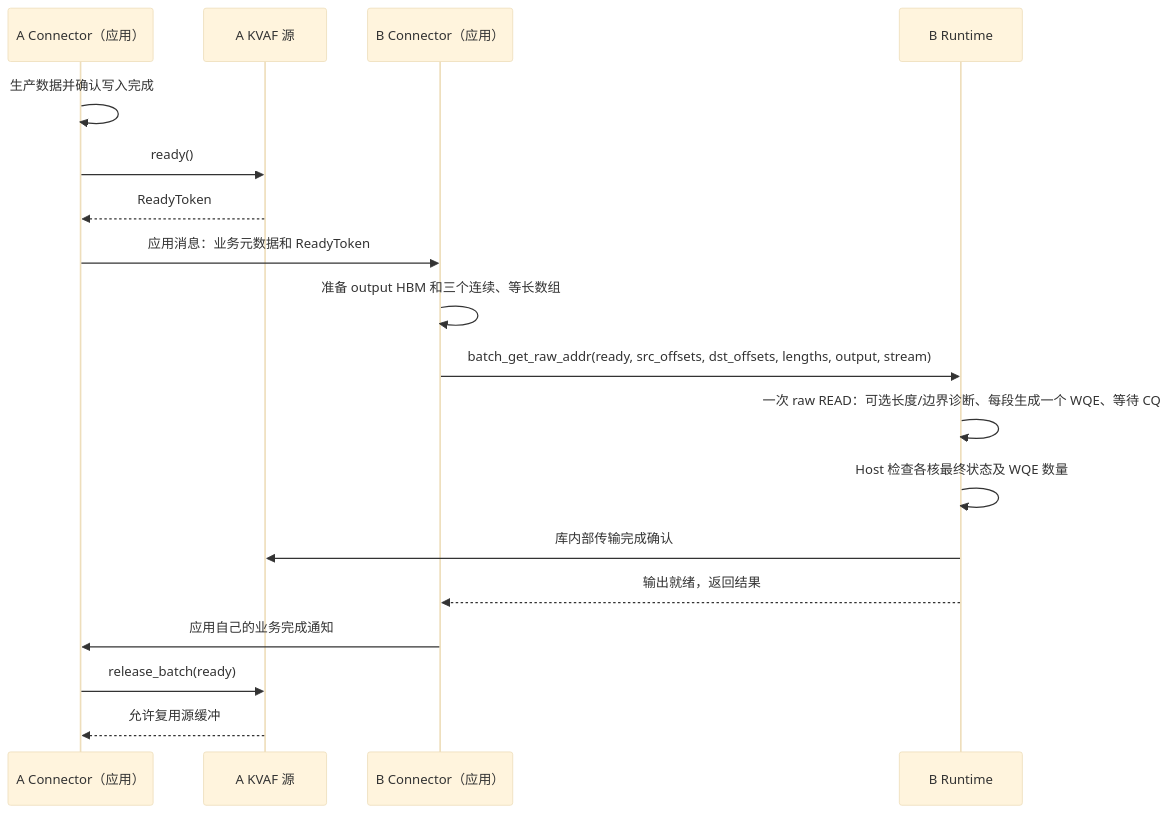
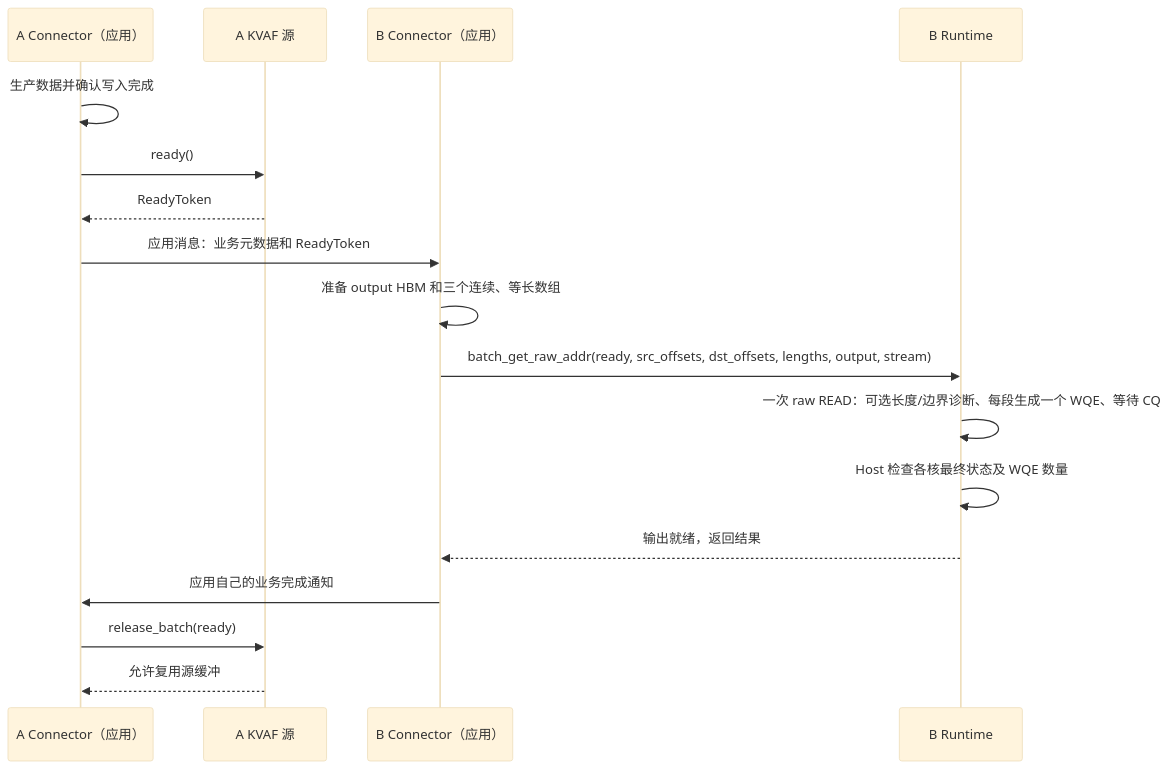
Before and after one commit to zxdgongjue-spec/KVAF: the third of 3 diagrams in docs/connector_pull_api_design.md, drawn with Mermaid (base theme). The commit also changed other lines of this file and 15 other files, not shown here.

````diff
--- a/docs/connector_pull_api_design.md
+++ b/docs/connector_pull_api_design.md
@@ -508,21 +508,20 @@
 ```mermaid
 sequenceDiagram
     participant AC as A Connector（应用）
     participant AS as A KVAF 源
     participant BC as B Connector（应用）
     participant BR as B Runtime
 
     AC->>AC: 生产数据并确认写入完成
     AC->>AS: ready()
     AS-->>AC: ReadyToken
     AC->>BC: 应用消息：业务元数据和 ReadyToken
     BC->>BC: 准备 output HBM 和三个连续、等长数组
     BC->>BR: batch_get_raw_addr(ready, src_offsets, dst_offsets, lengths, output, stream)
     BR->>BR: 一次 raw READ：可选长度/边界诊断、每段生成一个 WQE、等待 CQ
     BR->>BR: Host 检查各核最终状态及 WQE 数量
-    BR->>AS: 库内部传输完成确认
     BR-->>BC: 输出就绪，返回结果
     BC->>AC: 应用自己的业务完成通知
     AC->>AS: release_batch(ready)
     AS-->>AC: 允许复用源缓冲
 ```
````
